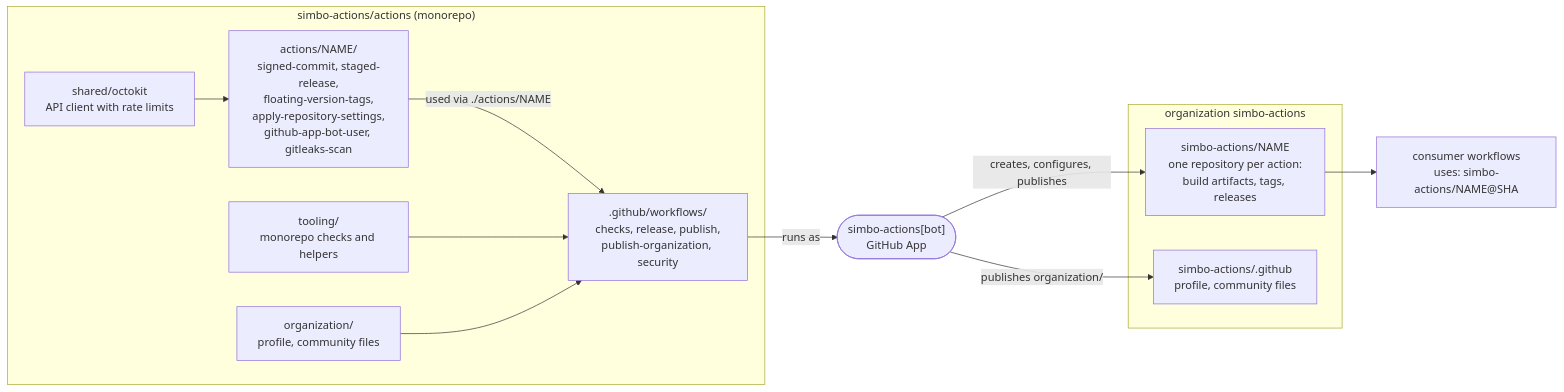
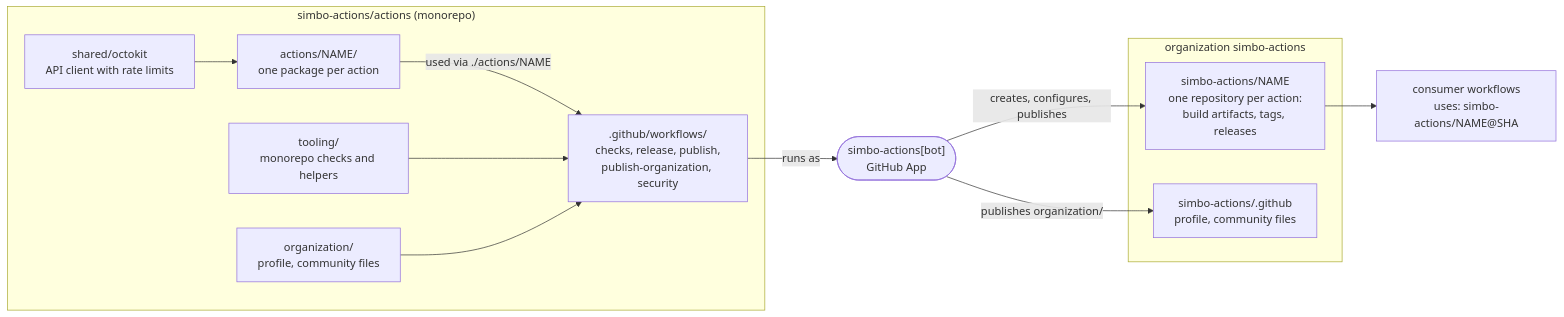
Before and after one commit to simbo-actions/actions: the first of 7 diagrams in ARCHITECTURE.md, drawn with Mermaid. The commit also changed 9 other files, not shown here.

````diff
--- a/ARCHITECTURE.md
+++ b/ARCHITECTURE.md
@@ -50,28 +50,28 @@
 ```mermaid
 flowchart LR
   subgraph monorepo["simbo-actions/actions (monorepo)"]
-    actions["actions/NAME/<br/>signed-commit, staged-release,<br/>floating-version-tags,<br/>apply-repository-settings,<br/>github-app-bot-user, gitleaks-scan"]
+    actions["actions/NAME/<br/>one package per action"]
     shared["shared/octokit<br/>API client with rate limits"]
     tooling["tooling/<br/>monorepo checks and helpers"]
     workflows[".github/workflows/<br/>checks, release, publish,<br/>publish-organization, security"]
     organization["organization/<br/>profile, community files"]
   end
 
   bot(["simbo-actions[bot]<br/>GitHub App"])
 
   subgraph org["organization simbo-actions"]
     repos["simbo-actions/NAME<br/>one repository per action:<br/>build artifacts, tags, releases"]
     profile["simbo-actions/.github<br/>profile, community files"]
   end
 
   consumer["consumer workflows<br/>uses: simbo-actions/NAME@SHA"]
 
   shared --> actions
   actions -- "used via ./actions/NAME" --> workflows
   tooling --> workflows
   organization --> workflows
   workflows -- "runs as" --> bot
   bot -- "creates, configures, publishes" --> repos
   bot -- "publishes organization/" --> profile
   repos --> consumer
 ```
````
